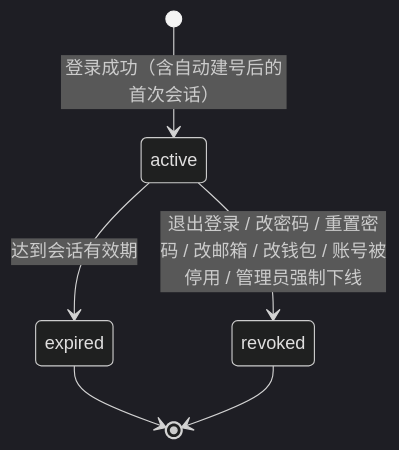
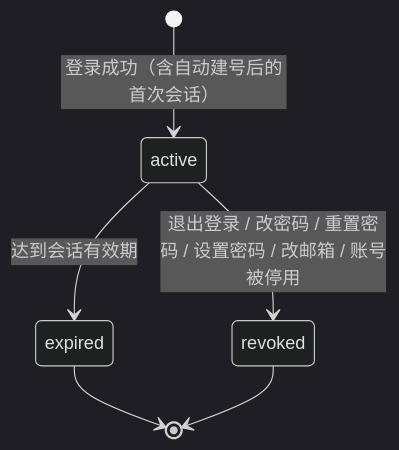
The eighth of 11 diagrams in prd/v1.0-账户与登录-PRD.md (wxblockchain/Chain-Financing), drawn with Mermaid (dark theme) before and after one commit. The commit also changed other lines of this file, not shown here.

````diff
--- a/prd/v1.0-账户与登录-PRD.md
+++ b/prd/v1.0-账户与登录-PRD.md
@@ -1249,8 +1257,8 @@
 ```mermaid
 stateDiagram-v2
     [*] --> active: 登录成功（含自动建号后的首次会话）
     active --> expired: 达到会话有效期
-    active --> revoked: 退出登录 / 改密码 / 重置密码 / 改邮箱 / 改钱包 / 账号被停用 / 管理员强制下线
+    active --> revoked: 退出登录 / 改密码 / 重置密码 / 设置密码 / 改邮箱 / 账号被停用
     expired --> [*]
     revoked --> [*]
 ```
````
